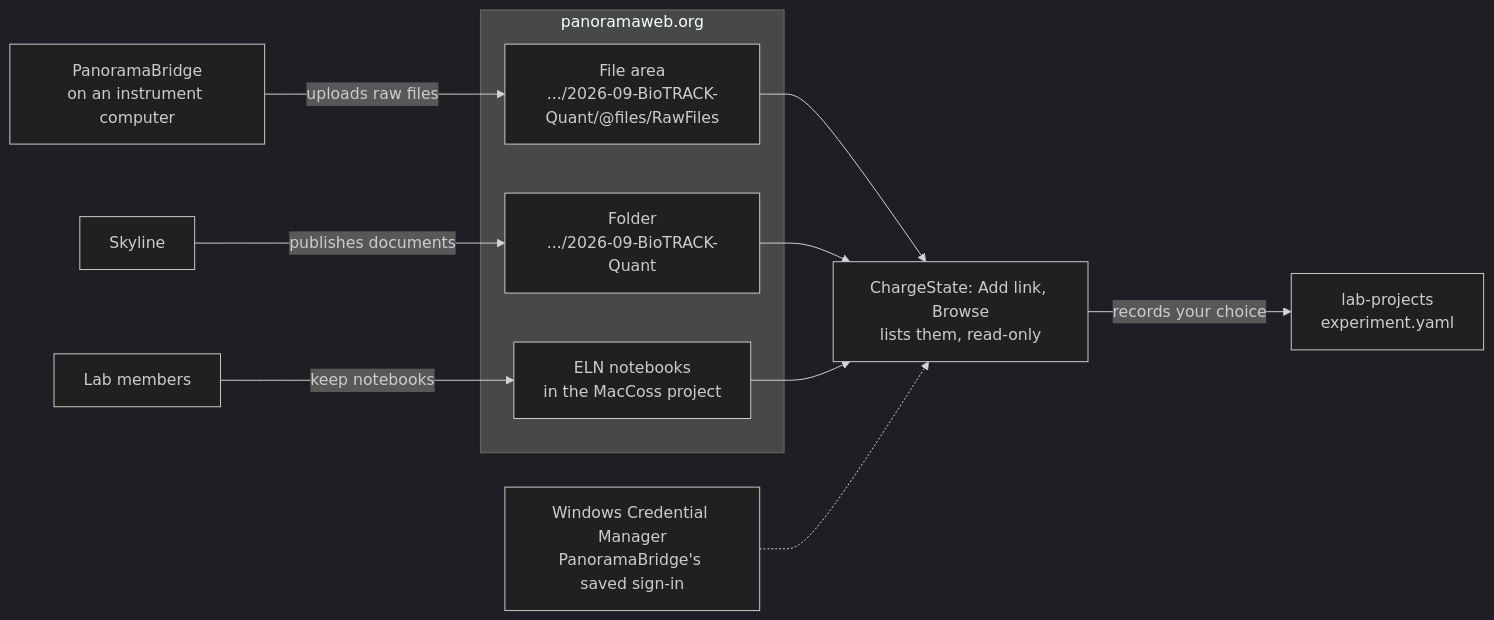
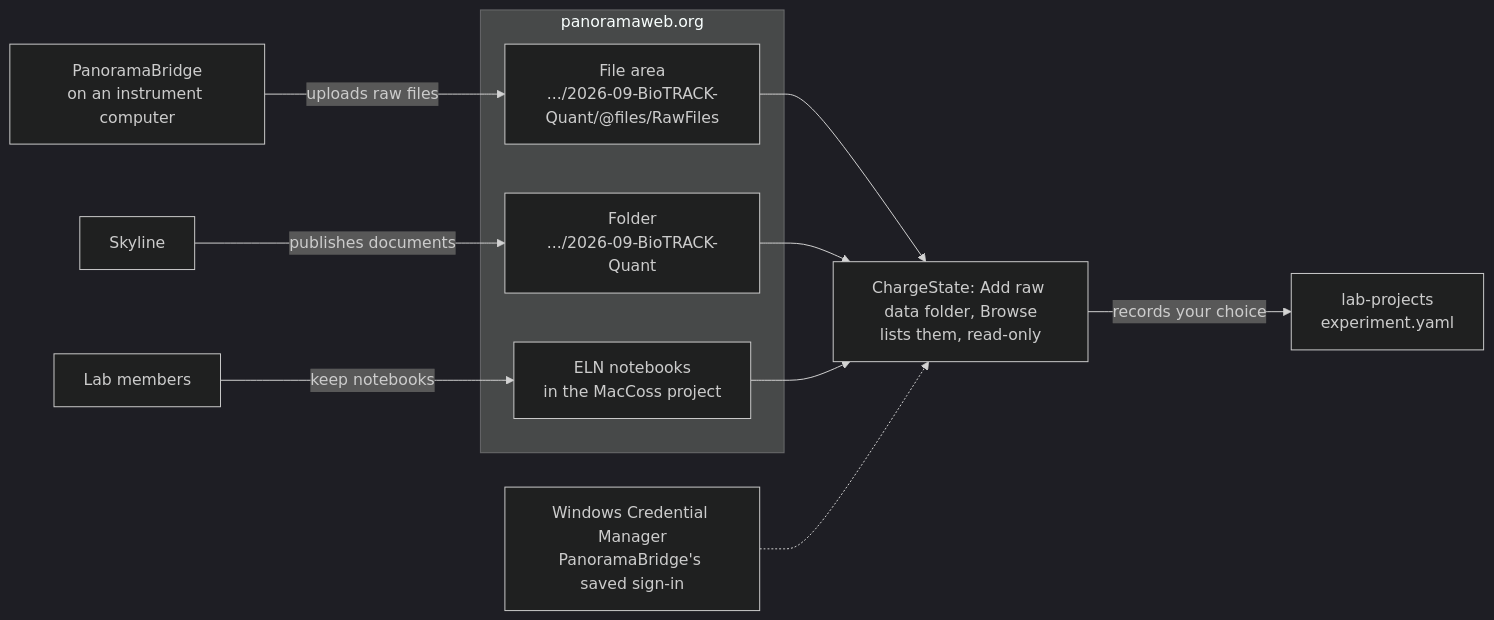
The second of 6 diagrams in docs/architecture.md (uw-maccosslab/LabOps), drawn with Mermaid (dark theme) before and after one commit. The commit also changed other lines of this file and 10 other files, not shown here.

````diff
--- a/docs/architecture.md
+++ b/docs/architecture.md
@@ -66,16 +66,16 @@
 ```mermaid
 flowchart LR
     bridge["PanoramaBridge<br/>on an instrument computer"] -->|"uploads raw files"| rawFiles
     skyline["Skyline"] -->|"publishes documents"| folder
     people["Lab members"] -->|"keep notebooks"| eln
     subgraph panoramaSite["panoramaweb.org"]
         rawFiles["File area<br/>.../2026-09-BioTRACK-Quant/@files/RawFiles"]
         folder["Folder<br/>.../2026-09-BioTRACK-Quant"]
         eln["ELN notebooks<br/>in the MacCoss project"]
     end
-    rawFiles --> browse["ChargeState: Add link, Browse<br/>lists them, read-only"]
+    rawFiles --> browse["ChargeState: Add raw data folder, Browse<br/>lists them, read-only"]
     folder --> browse
     eln --> browse
     creds["Windows Credential Manager<br/>PanoramaBridge's saved sign-in"] -.-> browse
     browse -->|"records your choice"| experiment["lab-projects<br/>experiment.yaml"]
 ```
````
